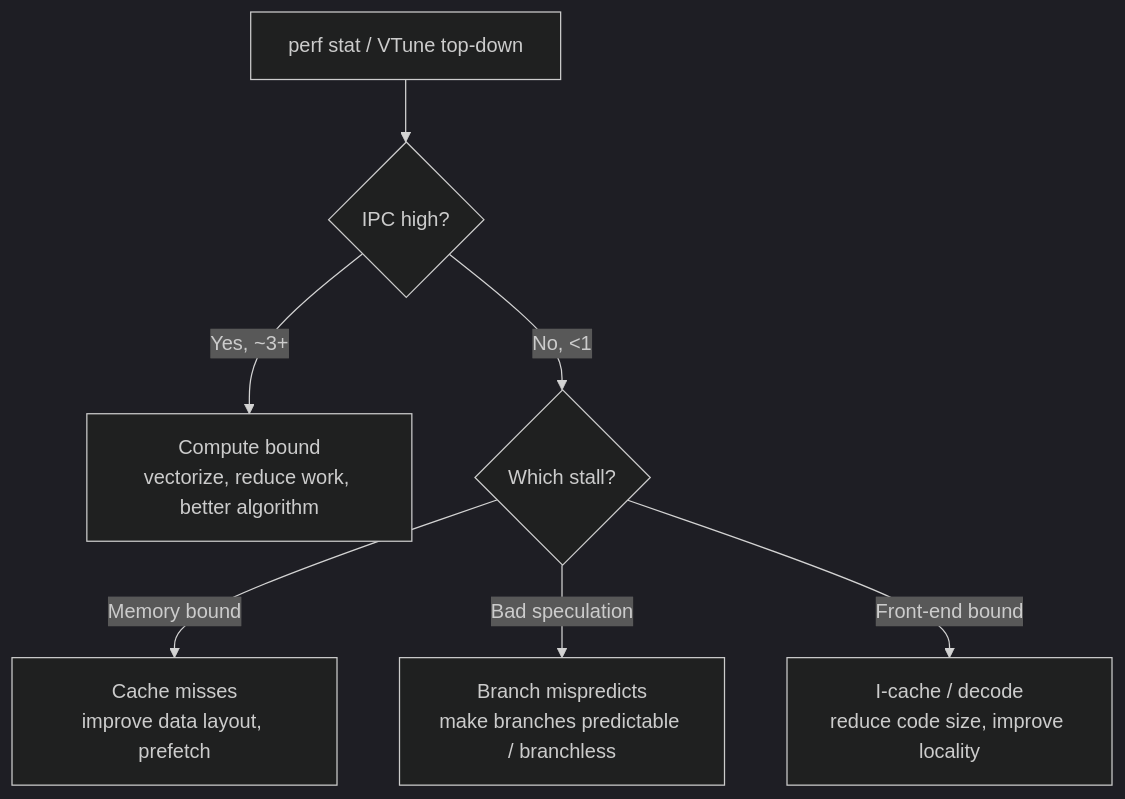
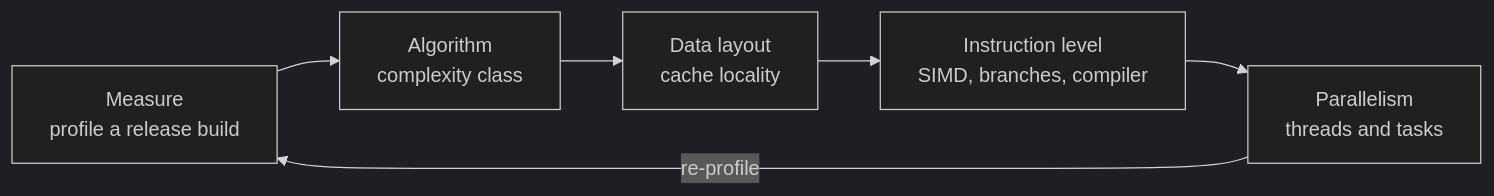
One commit to AndrewAltimit/Documentation changed the first of 5 diagrams in github-pages/docs/optimization/cpu-optimization.md. Above: the diagram before and after it, drawn with Mermaid (dark theme). The commit also changed other lines of this file and 240 other files, not shown here.

````diff
--- a/github-pages/docs/optimization/cpu-optimization.md
+++ b/github-pages/docs/optimization/cpu-optimization.md
@@ -89,9 +20,8 @@
 ```mermaid
-flowchart TD
-    A["perf stat / VTune top-down"] --> B{"IPC high?"}
-    B -->|"Yes, ~3+"| C["Compute bound<br/>vectorize, reduce work, better algorithm"]
-    B -->|"No, &lt;1"| D{"Which stall?"}
-    D -->|"Memory bound"| E["Cache misses<br/>improve data layout, prefetch"]
-    D -->|"Bad speculation"| F["Branch mispredicts<br/>make branches predictable / branchless"]
-    D -->|"Front-end bound"| G["I-cache / decode<br/>reduce code size, improve locality"]
+flowchart LR
+    A["Measure<br/>profile a release build"] --> B["Algorithm<br/>complexity class"]
+    B --> C["Data layout<br/>cache locality"]
+    C --> D["Instruction level<br/>SIMD, branches, compiler"]
+    D --> E["Parallelism<br/>threads and tasks"]
+    E -->|"re-profile"| A
 ```
````
